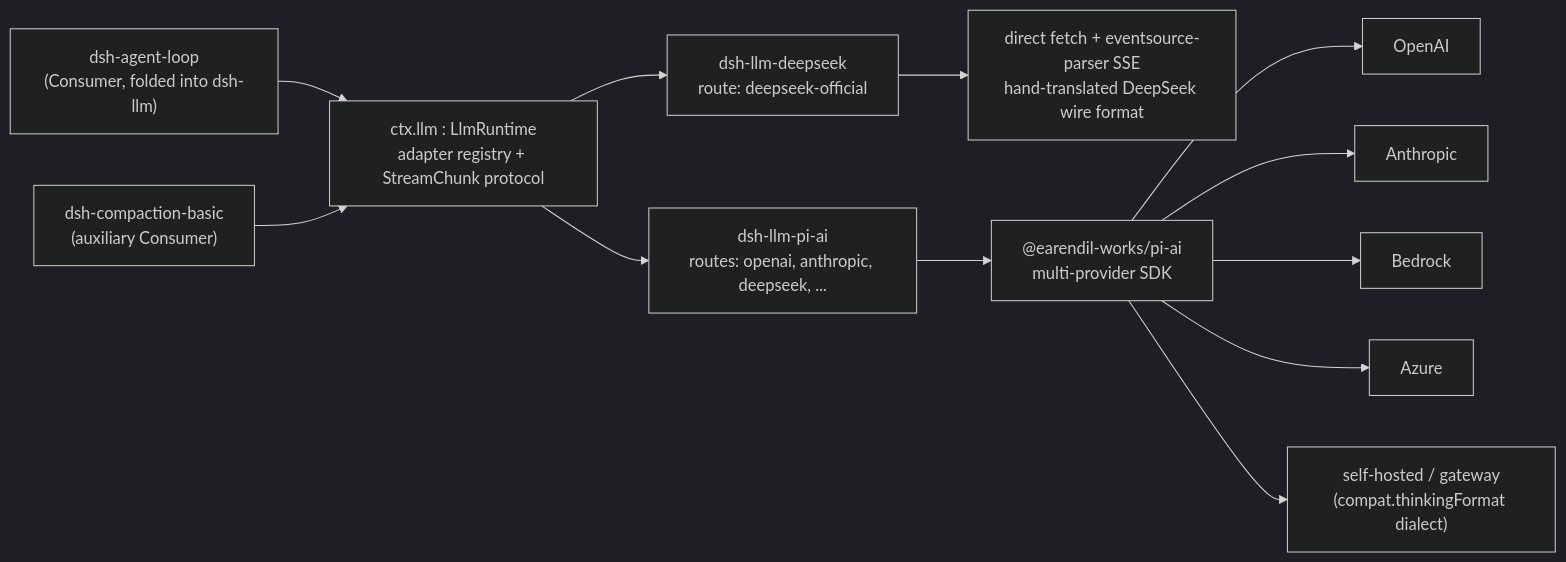
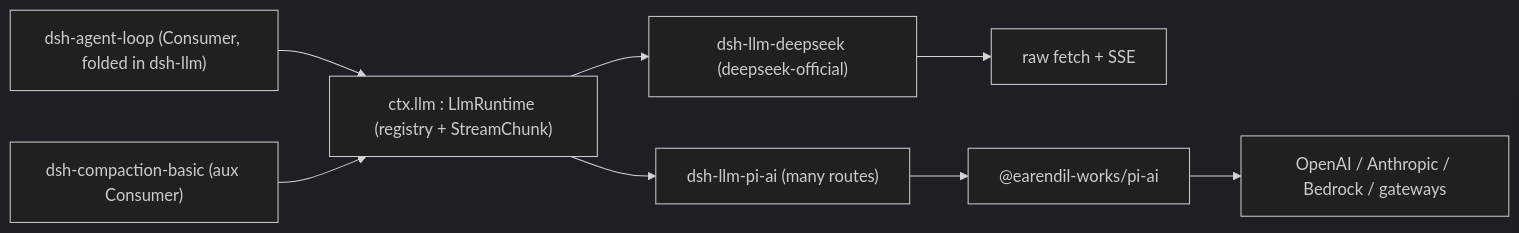
One commit to moonaiai/learn-deepseek-harness changed the diagram in content/chapters/s11-llm-seam/README.md. Above: the diagram before and after it, drawn with Mermaid (dark theme). The commit also changed other lines of this file and 2 other files, not shown here.

First line of the commit message:
refactor(s11): rewrite LLM seam as its own information architecture

````diff
--- a/content/chapters/s11-llm-seam/README.md
+++ b/content/chapters/s11-llm-seam/README.md
@@ -100,20 +101,13 @@
 ```mermaid
 flowchart LR
-  loop["dsh-agent-loop<br/>(Consumer, folded into dsh-llm)"]
-  compaction["dsh-compaction-basic<br/>(auxiliary Consumer)"]
-  svc["ctx.llm : LlmRuntime<br/>adapter registry + StreamChunk protocol"]
-
+  loop["dsh-agent-loop (Consumer, folded in dsh-llm)"]
+  compaction["dsh-compaction-basic (aux Consumer)"]
+  svc["ctx.llm : LlmRuntime (registry + StreamChunk)"]
   loop --> svc
   compaction --> svc
-
-  svc --> deepseek["dsh-llm-deepseek<br/>route: deepseek-official"]
-  svc --> piai["dsh-llm-pi-ai<br/>routes: openai, anthropic, deepseek, ..."]
-
-  deepseek --> ds_wire["direct fetch + eventsource-parser SSE<br/>hand-translated DeepSeek wire format"]
-  piai --> piai_sdk["@earendil-works/pi-ai<br/>multi-provider SDK"]
-  piai_sdk --> openai_ep["OpenAI"]
-  piai_sdk --> anthropic_ep["Anthropic"]
-  piai_sdk --> bedrock_ep["Bedrock"]
-  piai_sdk --> azure_ep["Azure"]
-  piai_sdk --> gateway_ep["self-hosted / gateway<br/>(compat.thinkingFormat dialect)"]
+  svc --> deepseek["dsh-llm-deepseek (deepseek-official)"]
+  svc --> piai["dsh-llm-pi-ai (many routes)"]
+  deepseek --> ds_wire["raw fetch + SSE"]
+  piai --> piai_sdk["@earendil-works/pi-ai"]
+  piai_sdk --> eps["OpenAI / Anthropic / Bedrock / gateways"]
 ```
````
